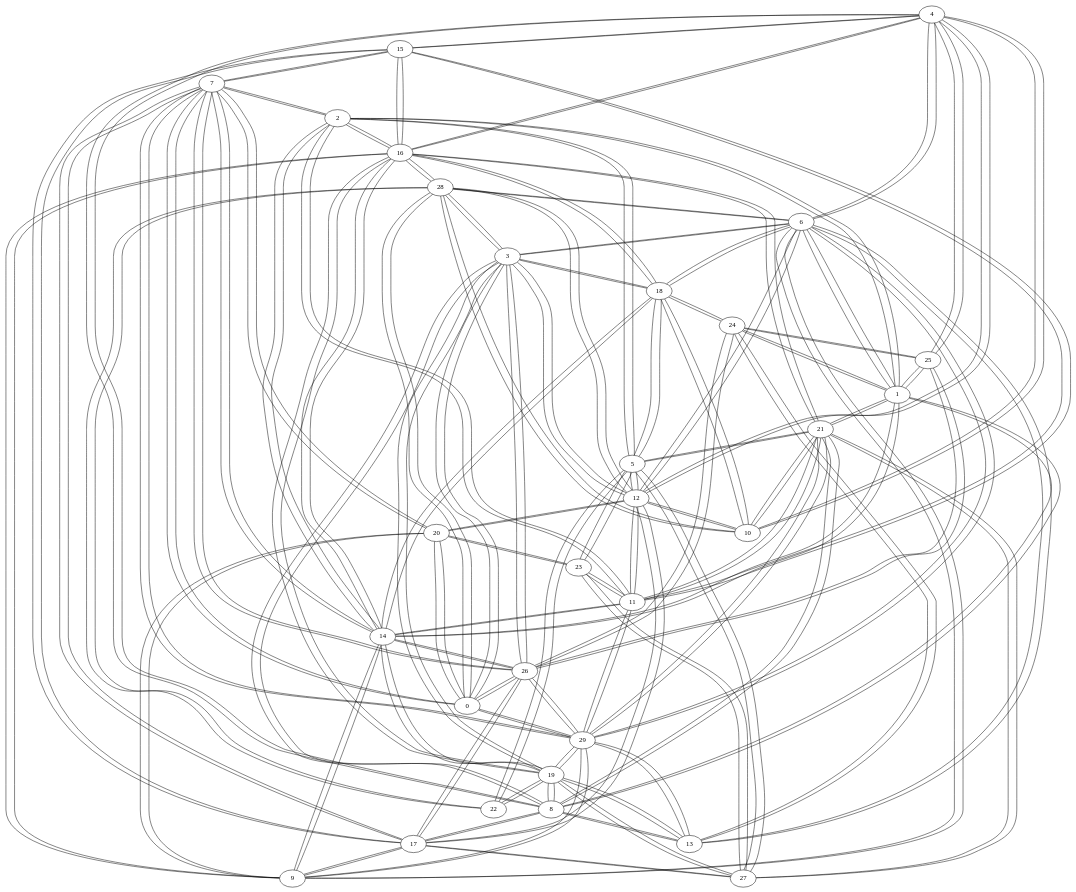
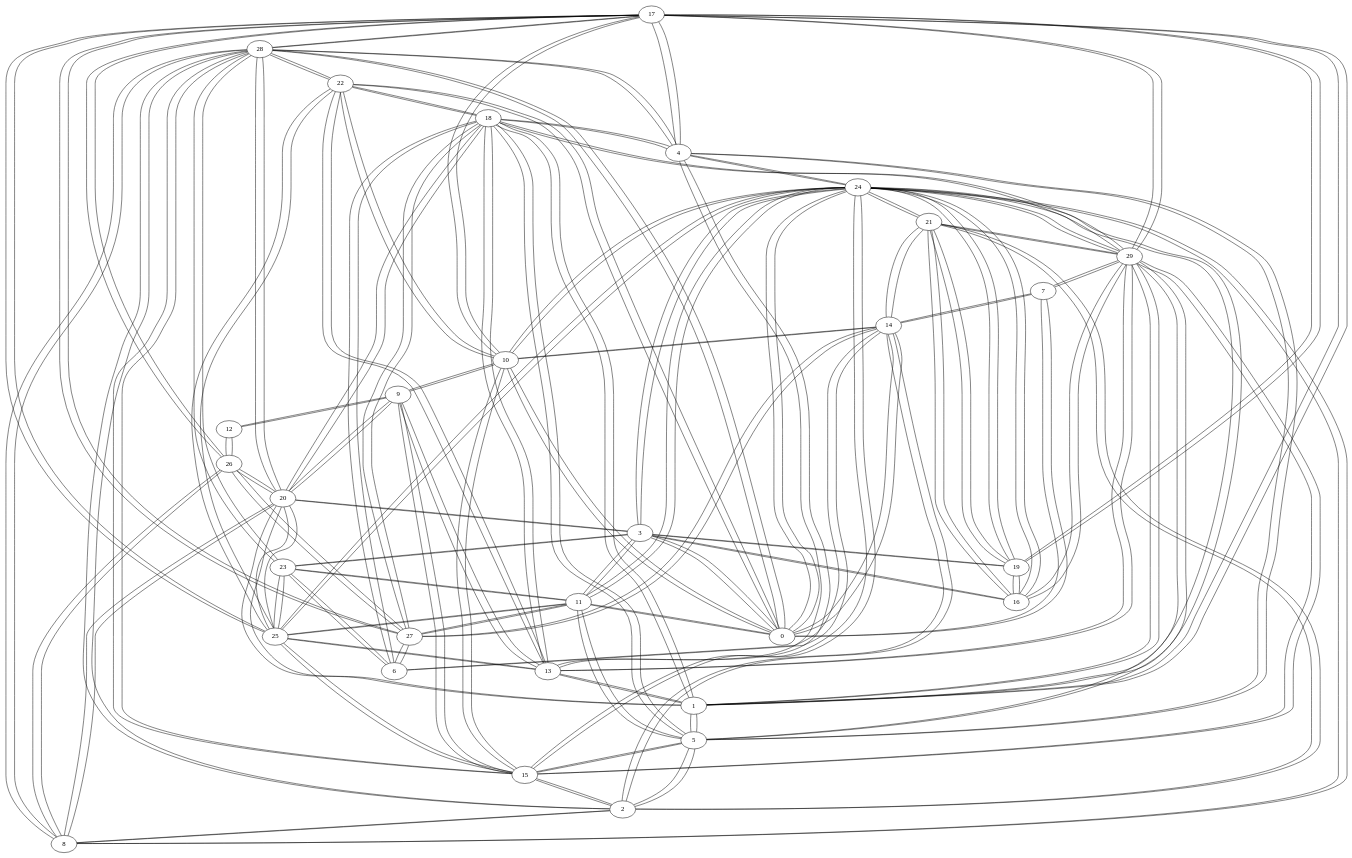
Before and after one commit to GusRojas/Grafos2DAA_A24: the diagram in grafo_erdos30.gv, drawn with Graphviz. The commit also changed 41 other files, not shown here.

```diff
--- a/grafo_erdos30.gv
+++ b/grafo_erdos30.gv
@@ -1,202 +1,202 @@
 graph {
-  4 -- 15;
-  4 -- 6;
-  4 -- 16;
-  4 -- 10;
-  4 -- 25;
-  4 -- 8;
-  4 -- 12;
-  15 -- 4;
-  15 -- 17;
-  15 -- 11;
-  15 -- 7;
-  15 -- 16;
-  9 -- 29;
+  17 -- 28;
+  17 -- 4;
+  17 -- 25;
+  17 -- 26;
+  17 -- 10;
+  17 -- 27;
+  17 -- 29;
+  17 -- 19;
+  17 -- 1;
+  28 -- 17;
+  28 -- 23;
+  28 -- 0;
+  28 -- 8;
+  28 -- 20;
+  28 -- 2;
+  28 -- 15;
+  28 -- 4;
+  28 -- 22;
+  13 -- 18;
+  13 -- 29;
+  13 -- 9;
+  13 -- 4;
+  13 -- 25;
+  13 -- 22;
+  13 -- 1;
+  18 -- 13;
+  18 -- 27;
+  18 -- 20;
+  18 -- 22;
+  18 -- 29;
+  18 -- 1;
+  18 -- 6;
+  18 -- 5;
+  18 -- 4;
+  23 -- 28;
+  23 -- 6;
+  23 -- 3;
+  23 -- 25;
+  23 -- 11;
+  5 -- 29;
+  5 -- 15;
+  5 -- 2;
+  5 -- 18;
+  5 -- 1;
+  5 -- 4;
+  5 -- 11;
+  29 -- 5;
+  29 -- 13;
+  29 -- 16;
+  29 -- 15;
+  29 -- 18;
+  29 -- 1;
+  29 -- 24;
+  29 -- 17;
+  29 -- 21;
+  29 -- 7;
+  15 -- 5;
+  15 -- 9;
+  15 -- 24;
+  15 -- 29;
+  15 -- 10;
+  15 -- 2;
+  15 -- 28;
+  15 -- 25;
+  6 -- 23;
+  6 -- 14;
+  6 -- 18;
+  6 -- 27;
+  9 -- 15;
+  9 -- 13;
+  9 -- 12;
+  9 -- 10;
   9 -- 20;
-  9 -- 6;
-  9 -- 16;
-  9 -- 17;
-  9 -- 14;
-  29 -- 9;
-  29 -- 11;
-  29 -- 6;
-  29 -- 13;
-  29 -- 19;
-  29 -- 21;
-  29 -- 26;
-  29 -- 7;
-  29 -- 0;
-  14 -- 19;
-  14 -- 1;
-  14 -- 18;
+  8 -- 20;
+  8 -- 26;
+  8 -- 28;
+  8 -- 2;
+  8 -- 24;
+  20 -- 8;
+  20 -- 18;
+  20 -- 26;
+  20 -- 28;
+  20 -- 25;
+  20 -- 1;
+  20 -- 9;
+  20 -- 3;
+  27 -- 18;
+  27 -- 11;
+  27 -- 14;
+  27 -- 26;
+  27 -- 17;
+  27 -- 6;
+  4 -- 17;
+  4 -- 24;
+  4 -- 13;
+  4 -- 28;
+  4 -- 5;
+  4 -- 18;
+  22 -- 18;
+  22 -- 25;
+  22 -- 13;
+  22 -- 0;
+  22 -- 10;
+  22 -- 28;
+  11 -- 27;
+  11 -- 25;
+  11 -- 3;
+  11 -- 0;
+  11 -- 23;
+  11 -- 5;
+  11 -- 24;
+  24 -- 15;
+  24 -- 19;
+  24 -- 0;
+  24 -- 10;
+  24 -- 4;
+  24 -- 16;
+  24 -- 21;
+  24 -- 25;
+  24 -- 3;
+  24 -- 1;
+  24 -- 29;
+  24 -- 8;
+  24 -- 11;
+  19 -- 24;
+  19 -- 3;
+  19 -- 16;
+  19 -- 21;
+  19 -- 17;
+  16 -- 29;
+  16 -- 21;
+  16 -- 24;
+  16 -- 3;
+  16 -- 19;
+  12 -- 26;
+  12 -- 9;
+  26 -- 12;
+  26 -- 20;
+  26 -- 8;
+  26 -- 27;
+  26 -- 17;
+  0 -- 28;
+  0 -- 24;
+  0 -- 14;
+  0 -- 3;
+  0 -- 22;
+  0 -- 11;
+  0 -- 10;
+  0 -- 7;
+  3 -- 23;
+  3 -- 19;
+  3 -- 11;
+  3 -- 16;
+  3 -- 24;
+  3 -- 0;
+  3 -- 20;
+  2 -- 14;
+  2 -- 5;
+  2 -- 8;
+  2 -- 21;
+  2 -- 28;
+  2 -- 15;
+  14 -- 2;
+  14 -- 10;
   14 -- 7;
-  14 -- 2;
-  14 -- 26;
-  14 -- 11;
-  14 -- 16;
-  14 -- 9;
-  19 -- 14;
-  19 -- 27;
-  19 -- 13;
-  19 -- 8;
-  19 -- 29;
-  19 -- 16;
-  19 -- 3;
-  19 -- 22;
-  5 -- 12;
-  5 -- 18;
-  5 -- 22;
-  5 -- 2;
-  5 -- 21;
-  5 -- 27;
-  5 -- 23;
-  12 -- 5;
-  12 -- 3;
-  12 -- 17;
-  12 -- 6;
-  12 -- 20;
-  12 -- 4;
-  12 -- 28;
-  12 -- 11;
-  12 -- 10;
-  7 -- 17;
-  7 -- 2;
-  7 -- 20;
+  14 -- 6;
+  14 -- 27;
+  14 -- 0;
+  14 -- 21;
+  25 -- 23;
+  25 -- 11;
+  25 -- 22;
+  25 -- 17;
+  25 -- 24;
+  25 -- 13;
+  25 -- 20;
+  25 -- 15;
+  1 -- 18;
+  1 -- 24;
+  1 -- 29;
+  1 -- 5;
+  1 -- 20;
+  1 -- 13;
+  1 -- 17;
+  10 -- 14;
+  10 -- 24;
+  10 -- 9;
+  10 -- 15;
+  10 -- 17;
+  10 -- 22;
+  10 -- 0;
+  21 -- 16;
+  21 -- 24;
+  21 -- 2;
+  21 -- 19;
+  21 -- 14;
+  21 -- 29;
+  7 -- 14;
   7 -- 0;
-  7 -- 26;
-  7 -- 15;
-  7 -- 14;
   7 -- 29;
-  17 -- 7;
-  17 -- 15;
-  17 -- 12;
-  17 -- 26;
-  17 -- 27;
-  17 -- 9;
-  17 -- 8;
-  24 -- 26;
-  24 -- 18;
-  24 -- 1;
-  24 -- 13;
-  24 -- 25;
-  26 -- 24;
-  26 -- 25;
-  26 -- 7;
-  26 -- 17;
-  26 -- 14;
-  26 -- 3;
-  26 -- 29;
-  26 -- 0;
-  3 -- 18;
-  3 -- 12;
-  3 -- 6;
-  3 -- 0;
-  3 -- 19;
-  3 -- 8;
-  3 -- 26;
-  3 -- 28;
-  18 -- 3;
-  18 -- 5;
-  18 -- 24;
-  18 -- 14;
-  18 -- 16;
-  18 -- 10;
-  18 -- 6;
-  6 -- 28;
-  6 -- 3;
-  6 -- 4;
-  6 -- 12;
-  6 -- 18;
-  6 -- 29;
-  6 -- 9;
-  6 -- 13;
-  6 -- 1;
-  28 -- 6;
-  28 -- 16;
-  28 -- 0;
-  28 -- 12;
-  28 -- 22;
-  28 -- 3;
-  28 -- 10;
-  1 -- 14;
-  1 -- 24;
-  1 -- 25;
-  1 -- 2;
-  1 -- 21;
-  1 -- 8;
-  1 -- 6;
-  25 -- 26;
-  25 -- 4;
-  25 -- 1;
-  25 -- 24;
-  16 -- 28;
-  16 -- 21;
-  16 -- 4;
-  16 -- 18;
-  16 -- 2;
-  16 -- 19;
-  16 -- 9;
-  16 -- 14;
-  16 -- 15;
-  27 -- 19;
-  27 -- 23;
-  27 -- 21;
-  27 -- 5;
-  27 -- 17;
-  0 -- 28;
-  0 -- 7;
-  0 -- 3;
-  0 -- 20;
-  0 -- 26;
-  0 -- 29;
-  21 -- 16;
-  21 -- 27;
-  21 -- 5;
-  21 -- 29;
-  21 -- 1;
-  21 -- 8;
-  21 -- 11;
-  21 -- 10;
-  2 -- 7;
-  2 -- 11;
-  2 -- 5;
-  2 -- 16;
-  2 -- 1;
-  2 -- 14;
-  13 -- 19;
-  13 -- 29;
-  13 -- 24;
-  13 -- 8;
-  13 -- 6;
-  11 -- 2;
-  11 -- 29;
-  11 -- 15;
-  11 -- 23;
-  11 -- 14;
-  11 -- 21;
-  11 -- 12;
-  22 -- 5;
-  22 -- 28;
-  22 -- 19;
-  23 -- 27;
-  23 -- 11;
-  23 -- 5;
-  23 -- 20;
-  20 -- 7;
-  20 -- 9;
-  20 -- 12;
-  20 -- 0;
-  20 -- 23;
-  10 -- 18;
-  10 -- 4;
-  10 -- 21;
-  10 -- 12;
-  10 -- 28;
-  8 -- 19;
-  8 -- 21;
-  8 -- 4;
-  8 -- 1;
-  8 -- 3;
-  8 -- 13;
-  8 -- 17;
 }
```
